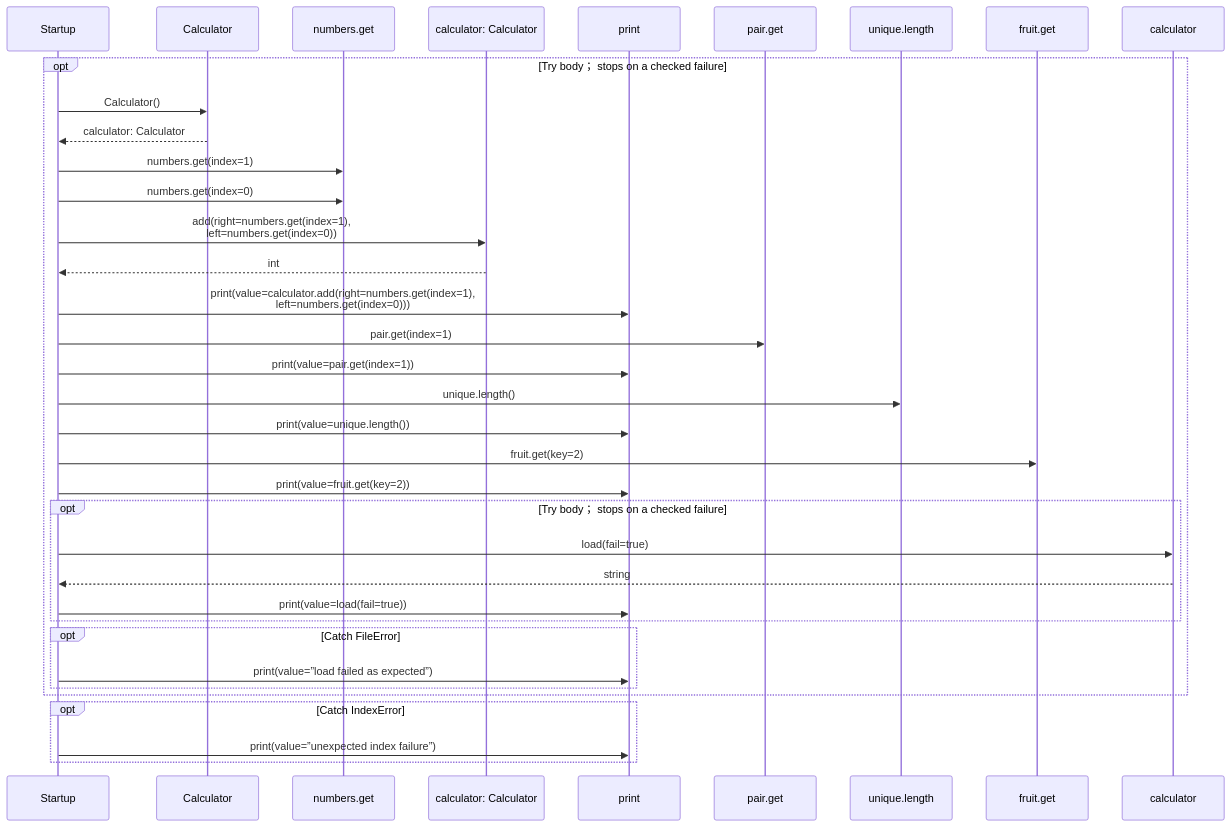
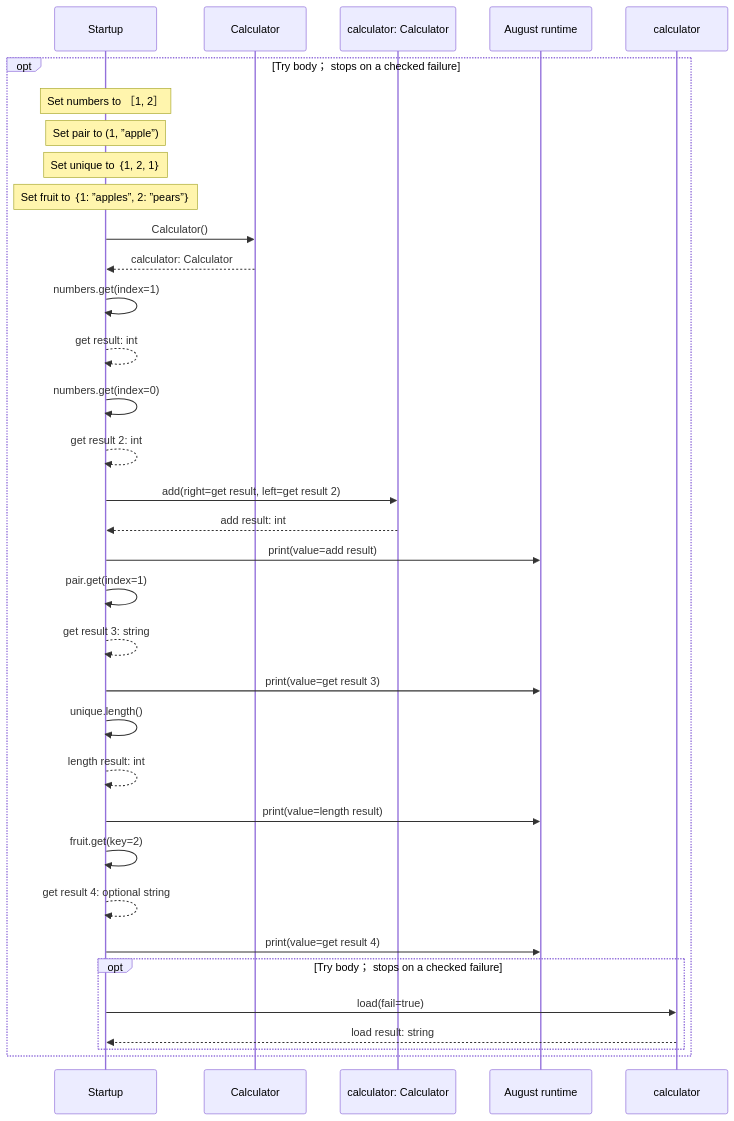
The second of 3 diagrams in docs/examples/developer-workflow/main-diagrams.md (GreenPandaStudios/augscript), drawn with Mermaid before and after one commit. The commit also changed other lines of this file and 304 other files, not shown here.

Commit message:
Make generated data-flow sequences concise and review every diagram

````diff
--- a/docs/examples/developer-workflow/main-diagrams.md
+++ b/docs/examples/developer-workflow/main-diagrams.md
@@ -53,38 +40,36 @@
 ```mermaid
 sequenceDiagram
     participant p0 as Startup
     participant p1 as Calculator
-    participant p2 as numbers.get
-    participant p3 as calculator: Calculator
-    participant p4 as print
-    participant p5 as pair.get
-    participant p6 as unique.length
-    participant p7 as fruit.get
-    participant p8 as calculator
+    participant p2 as calculator: Calculator
+    participant p3 as August runtime
+    participant p4 as calculator
     opt Try body； stops on a checked failure
+    Note over p0: Set numbers to ［1, 2］
+    Note over p0: Set pair to (1, ”apple”)
+    Note over p0: Set unique to ｛1, 2, 1｝
+    Note over p0: Set fruit to ｛1: ”apples”, 2: ”pears”｝
     p0->>p1: Calculator()
     p1-->>p0: calculator: Calculator
-    p0->>p2: numbers.get(index=1)
-    p0->>p2: numbers.get(index=0)
-    p0->>p3: add(right=numbers.get(index=1),<br/>left=numbers.get(index=0))
-    p3-->>p0: int
-    p0->>p4: print(value=calculator.add(right=numbers.get(index=1),<br/>left=numbers.get(index=0)))
-    p0->>p5: pair.get(index=1)
-    p0->>p4: print(value=pair.get(index=1))
-    p0->>p6: unique.length()
-    p0->>p4: print(value=unique.length())
-    p0->>p7: fruit.get(key=2)
-    p0->>p4: print(value=fruit.get(key=2))
+    p0->>p0: numbers.get(index=1)
+    p0-->>p0: get result: int
+    p0->>p0: numbers.get(index=0)
+    p0-->>p0: get result 2: int
+    p0->>p2: add(right=get result, left=get result 2)
+    p2-->>p0: add result: int
+    p0->>p3: print(value=add result)
+    p0->>p0: pair.get(index=1)
+    p0-->>p0: get result 3: string
+    p0->>p3: print(value=get result 3)
+    p0->>p0: unique.length()
+    p0-->>p0: length result: int
+    p0->>p3: print(value=length result)
+    p0->>p0: fruit.get(key=2)
+    p0-->>p0: get result 4: optional string
+    p0->>p3: print(value=get result 4)
     opt Try body； stops on a checked failure
-    p0->>p8: load(fail=true)
-    p8-->>p0: string
-    p0->>p4: print(value=load(fail=true))
-    end
-    opt Catch FileError
-    p0->>p4: print(value=”load failed as expected”)
+    p0->>p4: load(fail=true)
+    p4-->>p0: load result: string
     end
     end
-    opt Catch IndexError
-    p0->>p4: print(value=”unexpected index failure”)
-    end
 ```
````
